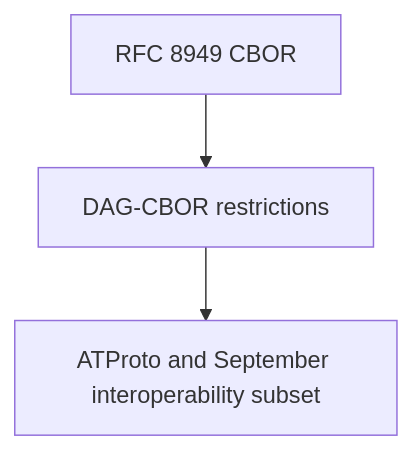
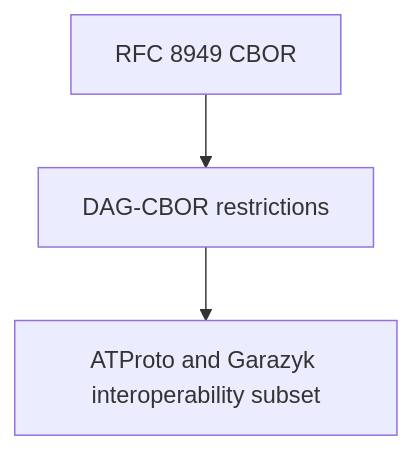
The diagram in docs/02-core-concepts/ipld-foundations/cbor-and-dag-cbor.md (jvalinsky/garazyk), drawn with Mermaid before and after one commit. The commit also changed other lines of this file and 179 other files, not shown here.

First line of the commit message:
chore: rename September to Garazyk across docs and config

````diff
--- a/docs/02-core-concepts/ipld-foundations/cbor-and-dag-cbor.md
+++ b/docs/02-core-concepts/ipld-foundations/cbor-and-dag-cbor.md
@@ -18,5 +18,5 @@
 ```mermaid
 flowchart TD
   RFC["RFC 8949 CBOR"] --> DAG["DAG-CBOR restrictions"]
-  DAG --> Atproto["ATProto and September interoperability subset"]
+  DAG --> Atproto["ATProto and Garazyk interoperability subset"]
 ```
````
